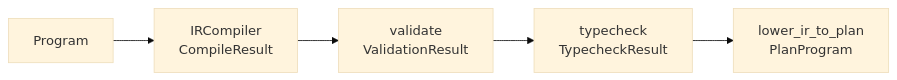
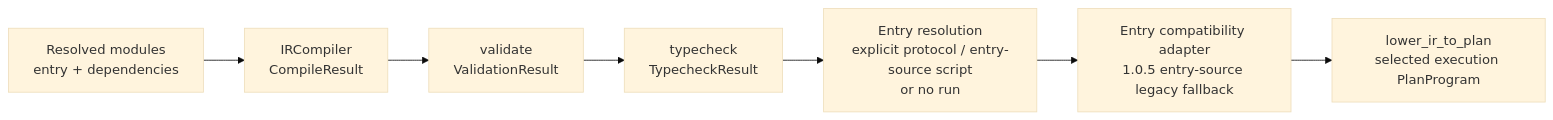
Before and after one commit to culsma/culsma: the second of 3 diagrams in docs/architecture/pipeline/pipeline_module_diagrams.md, drawn with Mermaid (base theme). The commit also changed other lines of this file and 30 other files, not shown here.

Commit message:
feat: separate script entry execution

````diff
--- a/docs/architecture/pipeline/pipeline_module_diagrams.md
+++ b/docs/architecture/pipeline/pipeline_module_diagrams.md
@@ -26,13 +54,17 @@
 ```mermaid
 flowchart LR
-    AST["Program"]
+    AST["Resolved modules<br/>entry + dependencies"]
     Compile["IRCompiler<br/>CompileResult"]
     Validate["validate<br/>ValidationResult"]
     Typecheck["typecheck<br/>TypecheckResult"]
-    Plan["lower_ir_to_plan<br/>PlanProgram"]
+    Entry["Entry resolution<br/>explicit protocol / entry-source script<br/>or no run"]
+    Compat["Entry compatibility adapter<br/>1.0.5 entry-source legacy fallback"]
+    Plan["lower_ir_to_plan<br/>selected execution PlanProgram"]
 
     AST --> Compile
     Compile --> Validate
     Validate --> Typecheck
-    Typecheck --> Plan
+    Typecheck --> Entry
+    Entry --> Compat
+    Compat --> Plan
 ```
````
